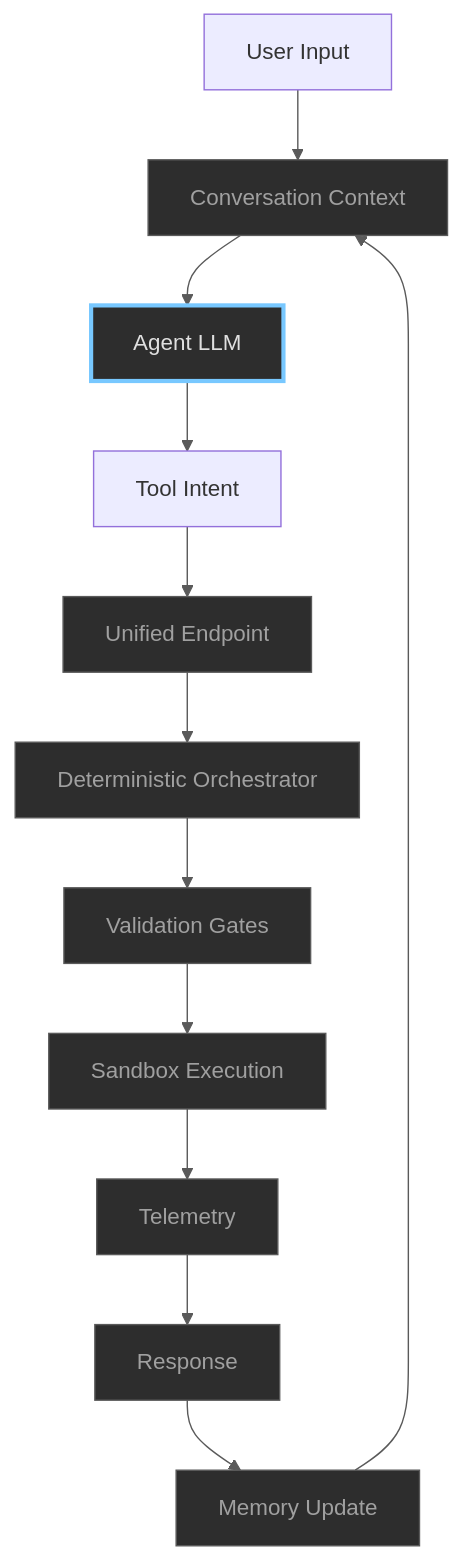
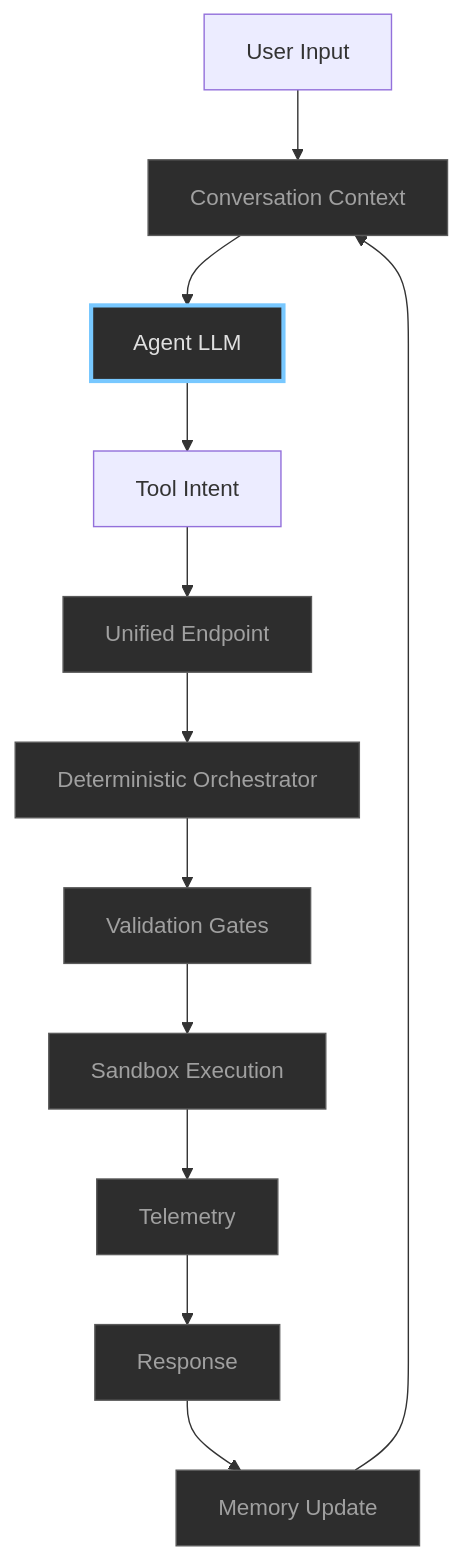
Before and after one commit to Crea1ions/Arke: the first of 2 diagrams in README.md, drawn with Mermaid.

````diff
--- a/README.md
+++ b/README.md
@@ -103,26 +103,24 @@
 ```mermaid
 graph TD
     A[User Input] --> B[Conversation Context]
     B --> C[Agent LLM]
     C --> D[Tool Intent]
     D --> E[Unified Endpoint]
     E --> F[Deterministic Orchestrator]
     F --> G[Validation Gates]
     G --> H[Sandbox Execution]
     H --> I[Telemetry]
     I --> J[Response]
     J --> K[Memory Update]
     K --> B
 
     style C fill:#2d2d2d,stroke:#78c8ff,stroke-width:3px,color:#e0e0e0
     style F fill:#2d2d2d,stroke:#5a5a5a,stroke-width:1px,color:#a0a0a0
     style E fill:#2d2d2d,stroke:#5a5a5a,stroke-width:1px,color:#a0a0a0
     style G fill:#2d2d2d,stroke:#5a5a5a,stroke-width:1px,color:#a0a0a0
     style H fill:#2d2d2d,stroke:#5a5a5a,stroke-width:1px,color:#a0a0a0
     style I fill:#2d2d2d,stroke:#5a5a5a,stroke-width:1px,color:#a0a0a0
     style J fill:#2d2d2d,stroke:#5a5a5a,stroke-width:1px,color:#a0a0a0
     style K fill:#2d2d2d,stroke:#5a5a5a,stroke-width:1px,color:#a0a0a0
     style B fill:#2d2d2d,stroke:#5a5a5a,stroke-width:1px,color:#a0a0a0
-
-    linkStyle default stroke:#5a5a5a,stroke-width:1px
 ```
````
